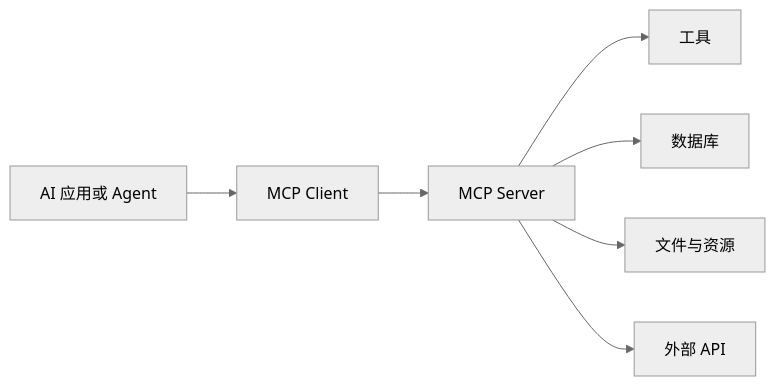
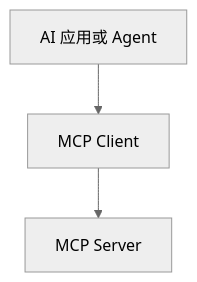
One commit to zongyangbigpolo/awesome-ai-roadmap changed the first of 4 diagrams in docs/agent/01-foundations/01-agent-foundations.zh.md. Above: the diagram before and after it, drawn with Mermaid (neutral theme). The commit also changed other lines of this file and 320 other files, not shown here.

First line of the commit message:
Prepare compact bilingual diagrams and centralized references for Kindle RC2

````diff
--- a/docs/agent/01-foundations/01-agent-foundations.zh.md
+++ b/docs/agent/01-foundations/01-agent-foundations.zh.md
@@ -176,9 +178,8 @@
 ```mermaid
-flowchart LR
-    A[AI 应用或 Agent] --> B[MCP Client]
-    B --> C[MCP Server]
-    C --> D[工具]
-    C --> E[数据库]
-    C --> F[文件与资源]
-    C --> G[外部 API]
+flowchart TB
+    A[AI 应用或 Agent]
+    B[MCP Client]
+    C[MCP Server]
+    A --> B
+    B --> C
 ```
````
